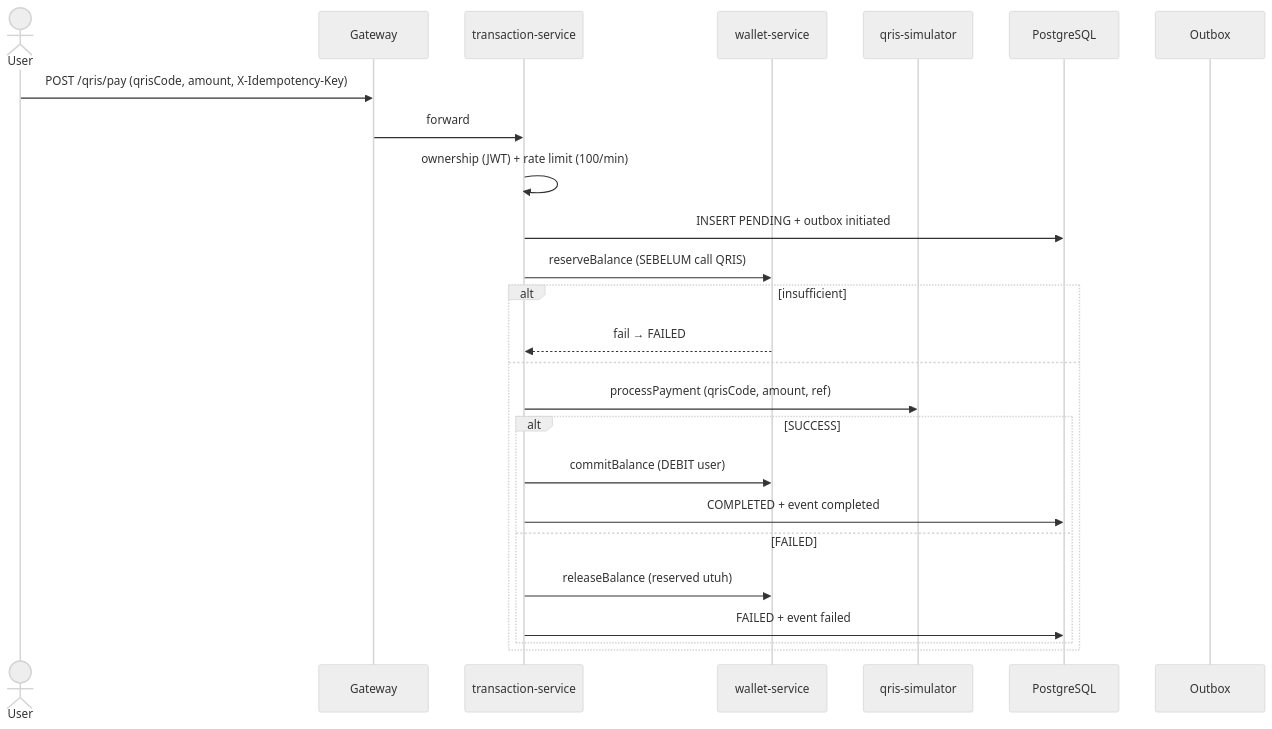
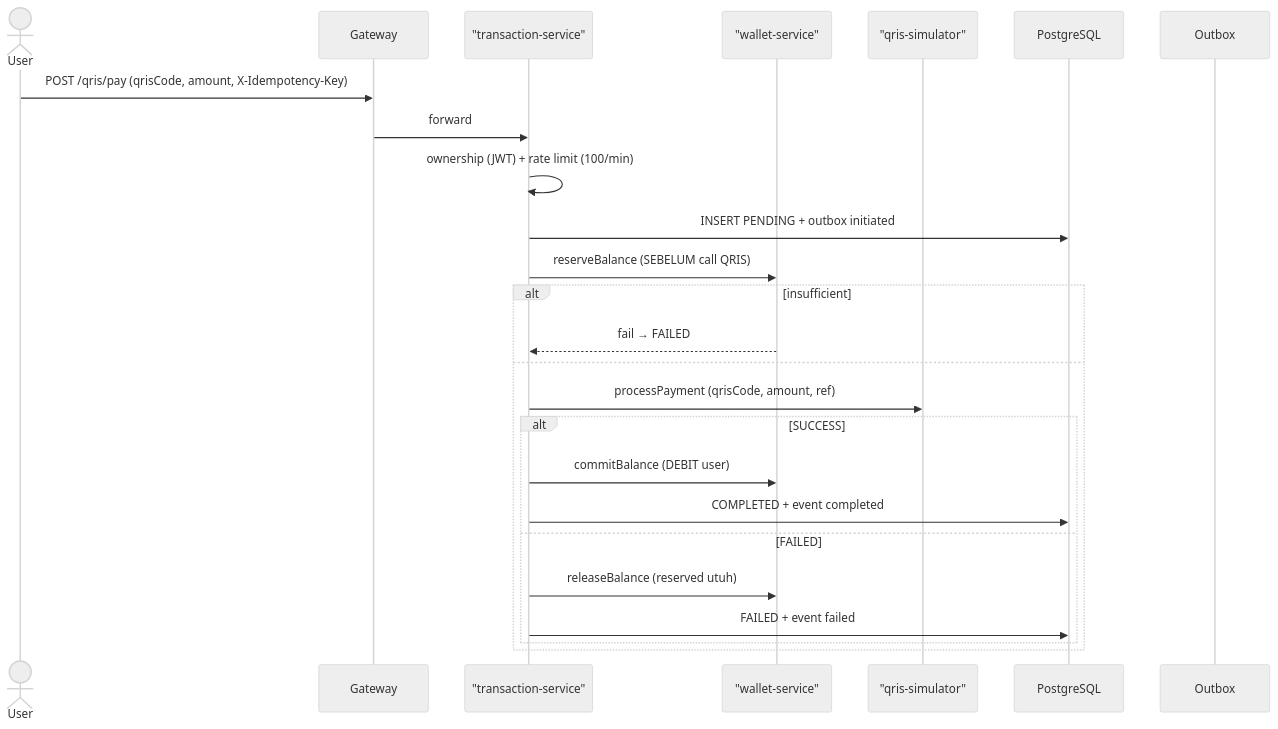
One commit to fajjarnr/payu changed the eighth of 51 diagrams in docs/product/FLOWS.md. Above: the diagram before and after it, drawn with Mermaid (neutral theme). The commit also changed other lines of this file, not shown here.

First line of the commit message:
fix(flows): mermaid render — quoted aliases, #59; semicolons, %% comments

````diff
--- a/docs/product/FLOWS.md
+++ b/docs/product/FLOWS.md
@@ -298,28 +298,28 @@
 ```mermaid
 sequenceDiagram
     actor U as User
     participant G as Gateway
-    participant TX as transaction-service
-    participant WL as wallet-service
-    participant QR as qris-simulator
+    participant TX as "transaction-service"
+    participant WL as "wallet-service"
+    participant QR as "qris-simulator"
     participant DB as PostgreSQL
     participant OB as Outbox
 
     U->>G: POST /qris/pay (qrisCode, amount, X-Idempotency-Key)
     G->>TX: forward
     TX->>TX: ownership (JWT) + rate limit (100/min)
     TX->>DB: INSERT PENDING + outbox initiated
     TX->>WL: reserveBalance (SEBELUM call QRIS)
     alt insufficient
         WL-->>TX: fail → FAILED
     else
         TX->>QR: processPayment (qrisCode, amount, ref)
         alt SUCCESS
             TX->>WL: commitBalance (DEBIT user)
             TX->>DB: COMPLETED + event completed
         else FAILED
             TX->>WL: releaseBalance (reserved utuh)
             TX->>DB: FAILED + event failed
         end
     end
 ```
````
